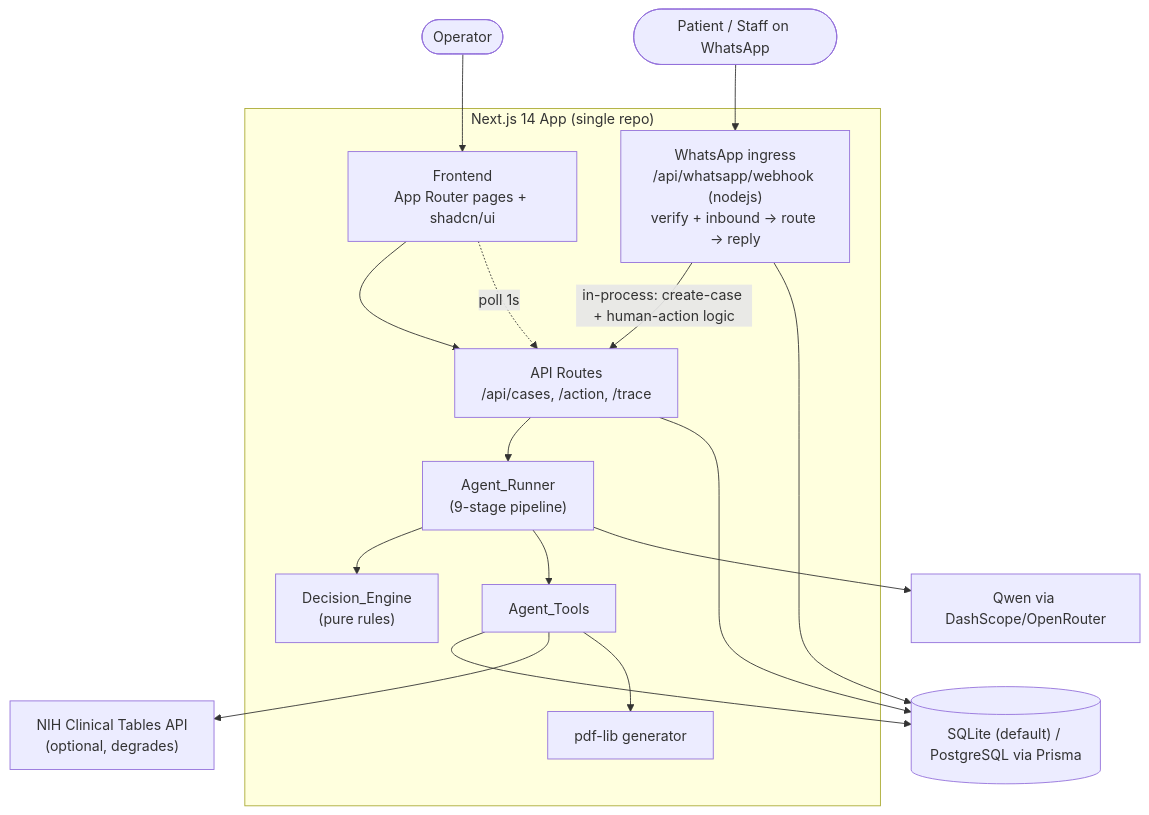
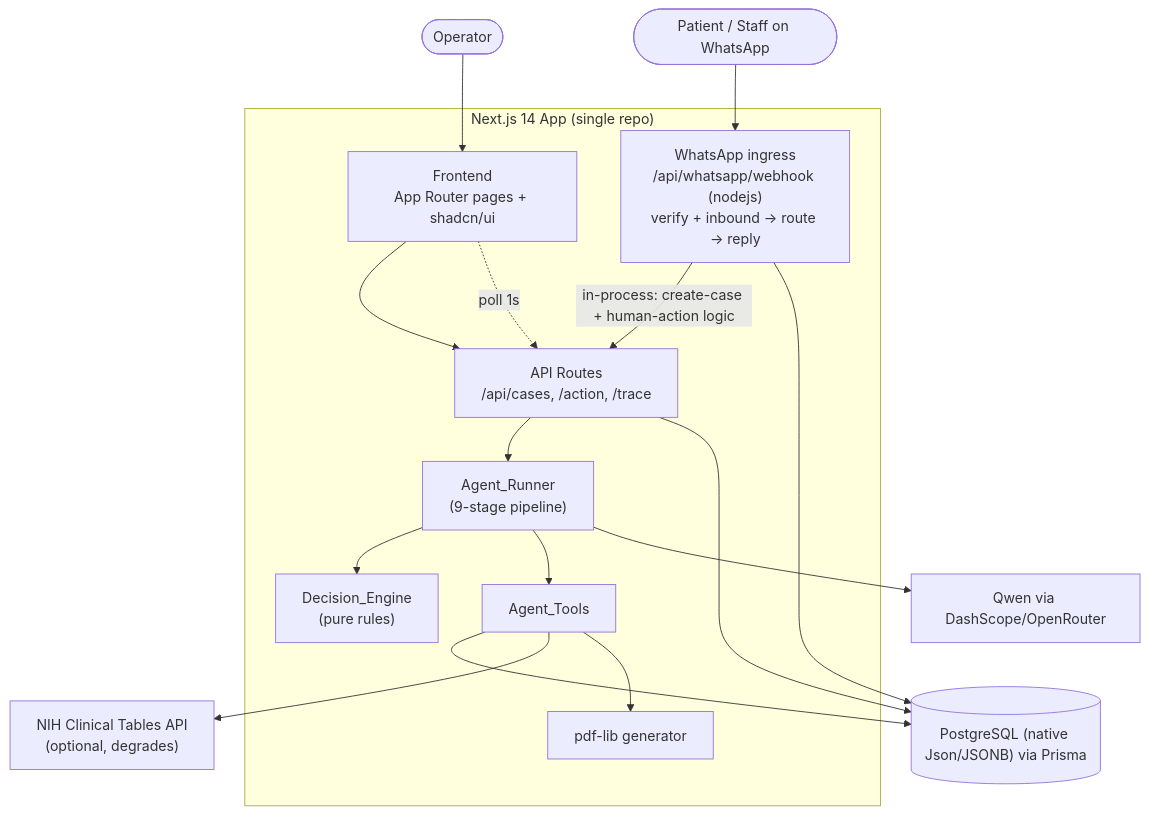
One commit to greninja-op/HOSPITAL-INSURANCE-AGENT-AUTOMATION changed the first of 3 diagrams in .kiro/specs/authpilot/design.md. Above: the diagram before and after it, drawn with Mermaid. The commit also changed other lines of this file and 4 other files, not shown here.

Commit message:
Migrate spec+schema to PostgreSQL-default; add computeOverallConfidence, agentTools, whatsapp signature

````diff
--- a/.kiro/specs/authpilot/design.md
+++ b/.kiro/specs/authpilot/design.md
@@ -38,32 +38,32 @@
 ```mermaid
 graph TB
     Operator([Operator])
     Patient([Patient / Staff on WhatsApp])
     subgraph Next["Next.js 14 App (single repo)"]
         UI["Frontend<br/>App Router pages + shadcn/ui"]
         API["API Routes<br/>/api/cases, /action, /trace"]
         WA["WhatsApp ingress<br/>/api/whatsapp/webhook (nodejs)<br/>verify + inbound → route → reply"]
         Runner["Agent_Runner<br/>(9-stage pipeline)"]
         Engine["Decision_Engine<br/>(pure rules)"]
         Tools["Agent_Tools"]
         PDF["pdf-lib generator"]
     end
-    DB[("SQLite (default) / PostgreSQL via Prisma")]
+    DB[("PostgreSQL (native Json/JSONB) via Prisma")]
     Qwen["Qwen via DashScope/OpenRouter"]
     NIH["NIH Clinical Tables API<br/>(optional, degrades)"]
 
     Operator --> UI
     Patient --> WA
     UI --> API
     WA -->|in-process: create-case + human-action logic| API
     API --> Runner
     Runner --> Engine
     Runner --> Tools
     Runner --> Qwen
     Tools --> DB
     Tools --> NIH
     Tools --> PDF
     API --> DB
     WA --> DB
     UI -. poll 1s .-> API
 ```
````
